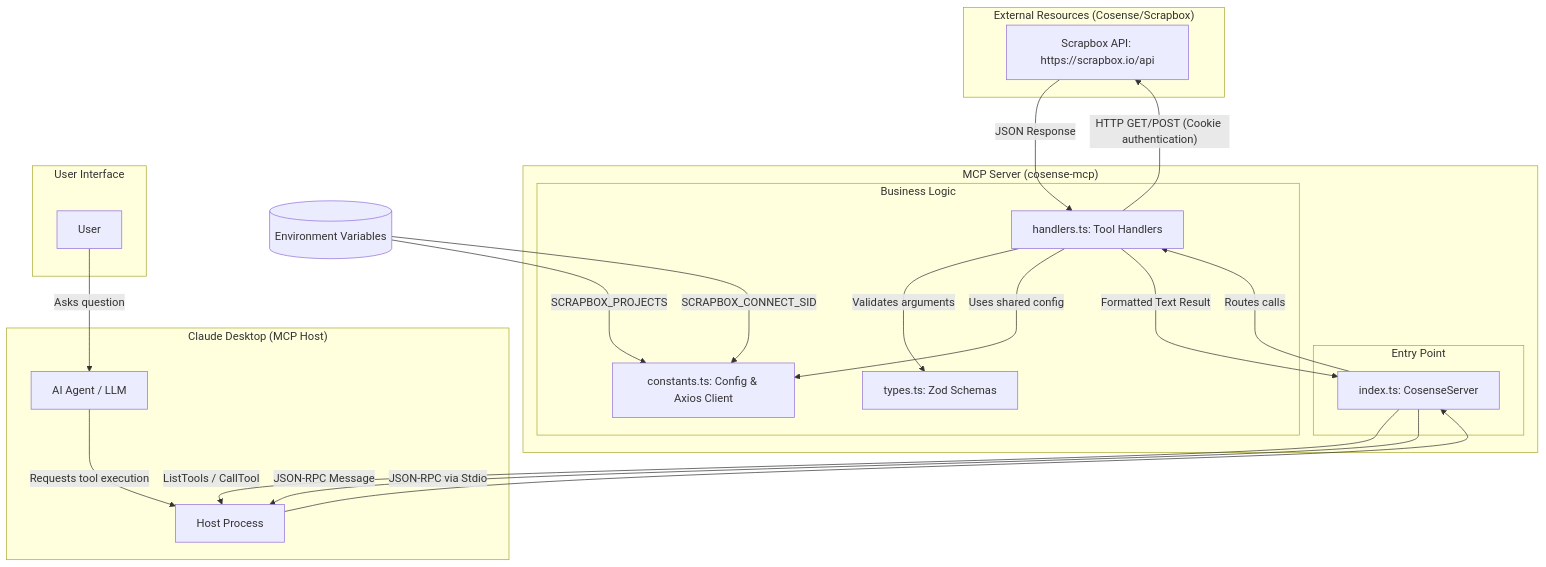
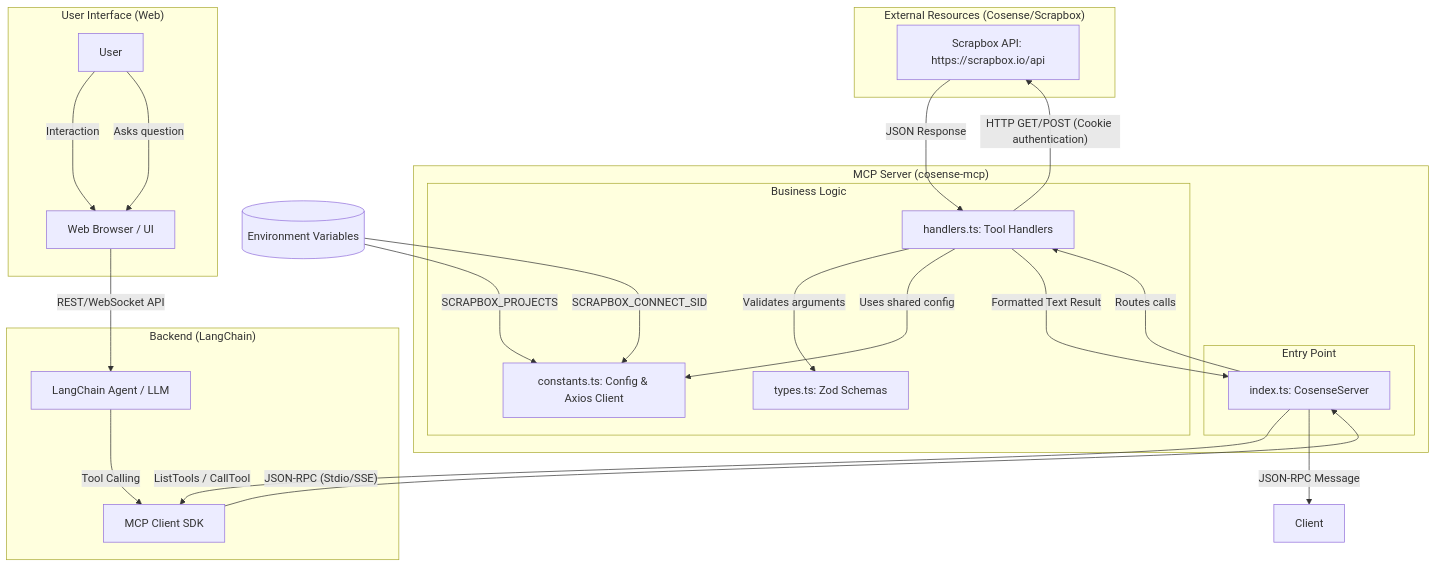
One commit to wararaki718/cosense-mcp changed the diagram in architecture.md. Above: the diagram before and after it, drawn with Mermaid. The commit also changed other lines of this file and 8 other files, not shown here.

````diff
--- a/architecture.md
+++ b/architecture.md
@@ -7,47 +7,50 @@
 ```mermaid
 graph TD
     subgraph "External Resources (Cosense/Scrapbox)"
         API[Scrapbox API: https://scrapbox.io/api]
     end
 
     subgraph "MCP Server (cosense-mcp)"
         subgraph "Entry Point"
             Index[index.ts: CosenseServer]
         end
 
         subgraph "Business Logic"
             Handlers[handlers.ts: Tool Handlers]
             Types[types.ts: Zod Schemas]
             Constants[constants.ts: Config & Axios Client]
         end
     end
 
-    subgraph "Claude Desktop (MCP Host)"
-        Agent[AI Agent / LLM]
-        Client[Host Process]
-        Agent -- "Requests tool execution" --> Client
+    subgraph "Backend (LangChain)"
+        Agent[LangChain Agent / LLM]
+        MCPClient[MCP Client SDK]
+        Agent -- "Tool Calling" --> MCPClient
     end
 
-    subgraph "User Interface"
+    subgraph "User Interface (Web)"
+        Browser[Web Browser / UI]
         User[User]
+        User -- "Interaction" --> Browser
     end
 
     %% Interactions
-    User -- "Asks question" --> Agent
-    Client -- "JSON-RPC via Stdio" --> Index
-    Index -- "ListTools / CallTool" --> Client
+    User -- "Asks question" --> Browser
+    Browser -- "REST/WebSocket API" --> Agent
+    MCPClient -- "JSON-RPC (Stdio/SSE)" --> Index
+    Index -- "ListTools / CallTool" --> MCPClient
     
     Index -- "Routes calls" --> Handlers
     Handlers -- "Validates arguments" --> Types
     Handlers -- "Uses shared config" --> Constants
     
     Handlers -- "HTTP GET/POST (Cookie authentication)" --> API
     API -- "JSON Response" --> Handlers
     Handlers -- "Formatted Text Result" --> Index
     Index -- "JSON-RPC Message" --> Client
 
     %% Configuration
     ENV[(Environment Variables)]
     ENV -- "SCRAPBOX_PROJECTS" --> Constants
     ENV -- "SCRAPBOX_CONNECT_SID" --> Constants
 ```
````
